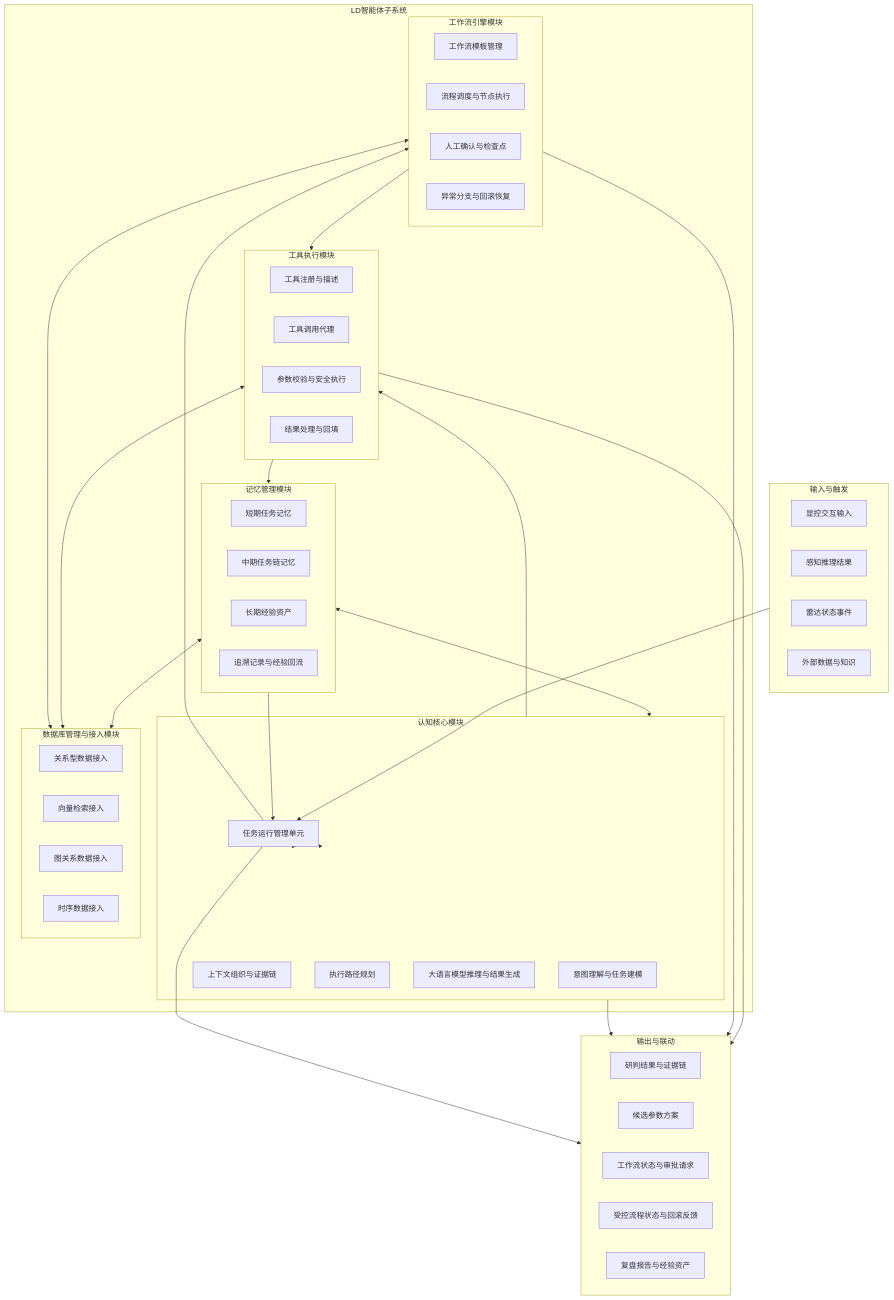
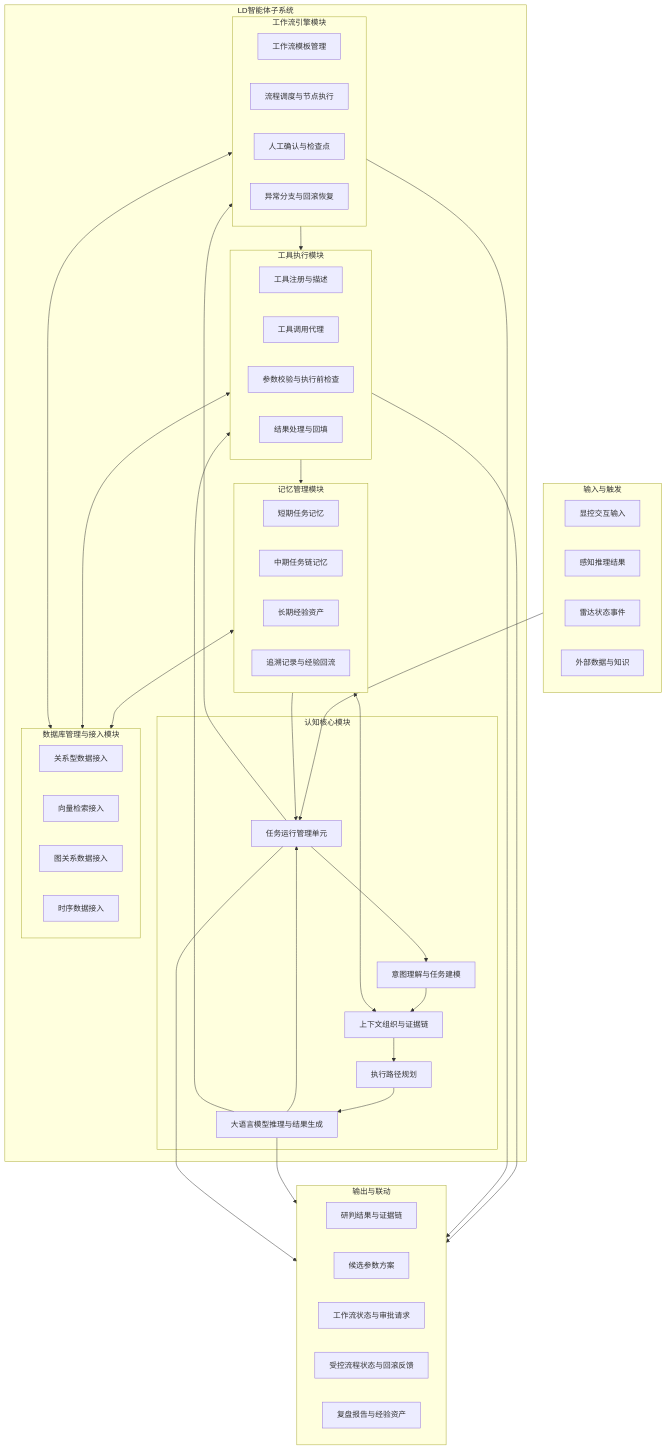
The third of 7 diagrams in radar agent/4.3.3.2 LD智能体子系统技术方案.md (StormSeven1/obsidian-vault), drawn with Mermaid before and after one commit. The commit also changed other lines of this file, not shown here.

Commit message:
vault backup: 2026-05-13 10:00:29

````diff
--- a/radar agent/4.3.3.2 LD智能体子系统技术方案.md
+++ b/radar agent/4.3.3.2 LD智能体子系统技术方案.md
@@ -110,68 +110,71 @@
 ```mermaid
 graph TB
     subgraph INPUT[输入与触发]
         I1[显控交互输入]
         I2[感知推理结果]
         I3[雷达状态事件]
         I4[外部数据与知识]
     end
 
     subgraph CORE[LD智能体子系统]
         subgraph COG[认知核心模块]
             H[任务运行管理单元]
             C2[意图理解与任务建模]
             C3[上下文组织与证据链]
             C4[执行路径规划]
             C5[大语言模型推理与结果生成]
         end
         subgraph MEM[记忆管理模块]
             M1[短期任务记忆]
             M2[中期任务链记忆]
             M3[长期经验资产]
             M4[追溯记录与经验回流]
         end
         subgraph TOOL[工具执行模块]
             T1[工具注册与描述]
             T2[工具调用代理]
-            T3[参数校验与安全执行]
+            T3[参数校验与执行前检查]
             T4[结果处理与回填]
         end
         subgraph WF[工作流引擎模块]
             W1[工作流模板管理]
             W2[流程调度与节点执行]
             W3[人工确认与检查点]
             W4[异常分支与回滚恢复]
         end
         subgraph DB[数据库管理与接入模块]
             D1[关系型数据接入]
             D2[向量检索接入]
             D3[图关系数据接入]
             D4[时序数据接入]
         end
     end
 
     subgraph OUTPUT[输出与联动]
         O1[研判结果与证据链]
         O2[候选参数方案]
         O3[工作流状态与审批请求]
         O4[受控流程状态与回滚反馈]
         O5[复盘报告与经验资产]
     end
 
     INPUT --> H
-    H --> COG
-    COG <--> MEM
-    COG --> TOOL
-    COG --> H
+    H --> C2
+    C2 --> C3
+    C3 --> C4
+    C4 --> C5
+    C3 <--> MEM
+    C5 --> TOOL
+    C5 --> H
     H --> WF
     WF --> TOOL
     MEM <--> DB
     TOOL <--> DB
     WF <--> DB
     TOOL --> MEM
     MEM --> H
     TOOL --> OUTPUT
     WF --> OUTPUT
-    COG --> OUTPUT
+    C5 --> OUTPUT
     H --> OUTPUT
 ```
````
